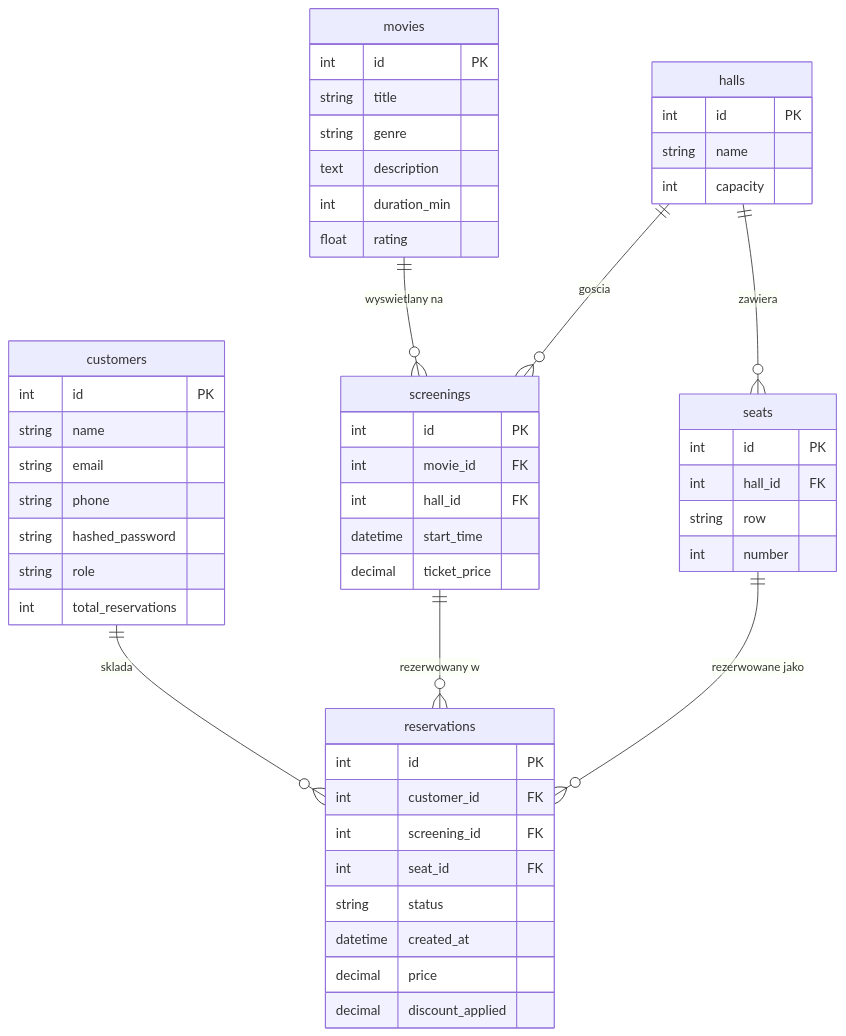
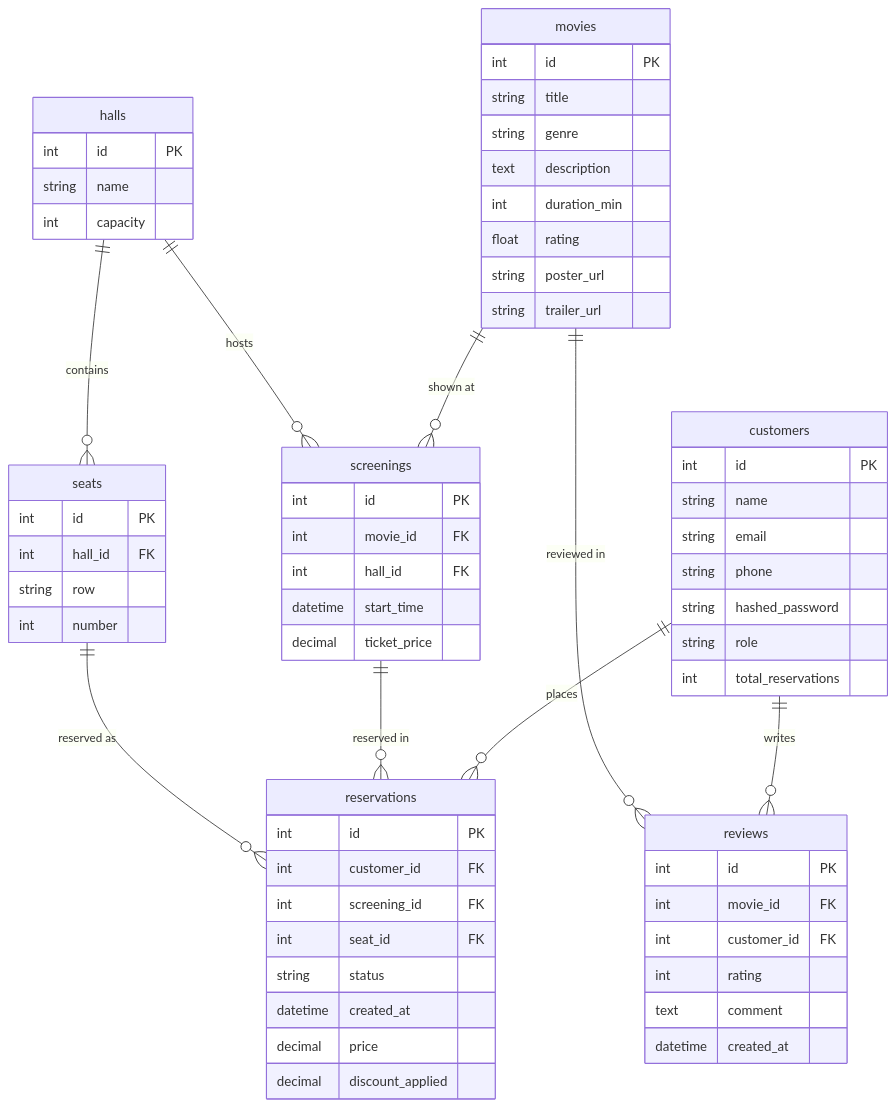
One commit to UladzislauZhukau/SystemZarzadzaniaKinoteatrem changed the first of 2 diagrams in docs/DOCUMENTATION.md. Above: the diagram before and after it, drawn with Mermaid. The commit also changed other lines of this file and 1 other file, not shown here.

````diff
--- a/docs/DOCUMENTATION.md
+++ b/docs/DOCUMENTATION.md
@@ -63,54 +85,66 @@
 ```mermaid
 erDiagram
     customers {
         int id PK
         string name
         string email
         string phone
         string hashed_password
         string role
         int total_reservations
     }
     movies {
         int id PK
         string title
         string genre
         text description
         int duration_min
         float rating
+        string poster_url
+        string trailer_url
     }
     halls {
         int id PK
         string name
         int capacity
     }
     seats {
         int id PK
         int hall_id FK
         string row
         int number
     }
     screenings {
         int id PK
         int movie_id FK
         int hall_id FK
         datetime start_time
         decimal ticket_price
     }
     reservations {
         int id PK
         int customer_id FK
         int screening_id FK
         int seat_id FK
         string status
         datetime created_at
         decimal price
         decimal discount_applied
     }
-    customers ||--o{ reservations : "sklada"
-    movies ||--o{ screenings : "wyswietlany na"
-    halls ||--o{ screenings : "goscia"
-    halls ||--o{ seats : "zawiera"
-    screenings ||--o{ reservations : "rezerwowany w"
-    seats ||--o{ reservations : "rezerwowane jako"
+    reviews {
+        int id PK
+        int movie_id FK
+        int customer_id FK
+        int rating
+        text comment
+        datetime created_at
+    }
+    customers ||--o{ reservations : "places"
+    customers ||--o{ reviews : "writes"
+    movies ||--o{ screenings : "shown at"
+    movies ||--o{ reviews : "reviewed in"
+    halls ||--o{ screenings : "hosts"
+    halls ||--o{ seats : "contains"
+    screenings ||--o{ reservations : "reserved in"
+    seats ||--o{ reservations : "reserved as"
 ```
````
